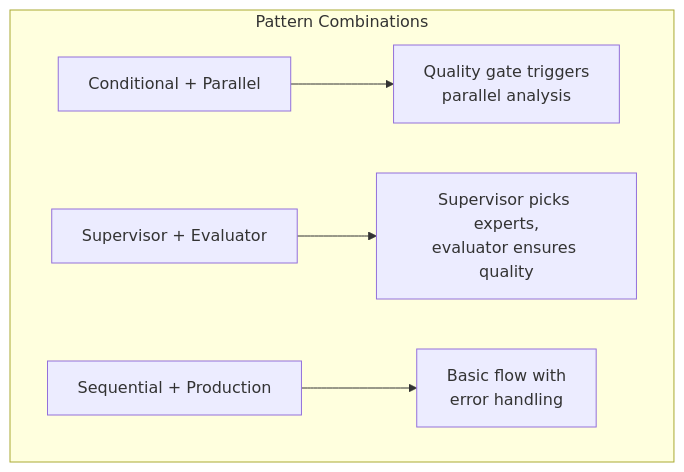
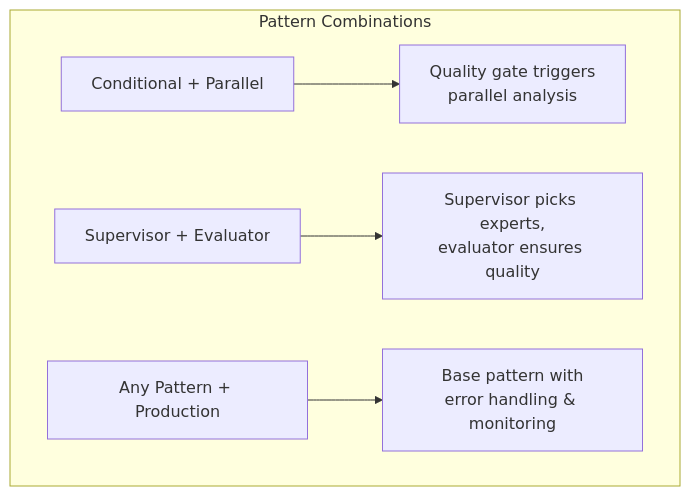
Before and after one commit to rulala/fac-ws_ai_multi-agent: the tenth of 10 diagrams in PATTERNS.md, drawn with Mermaid. The commit also changed other lines of this file, not shown here.

````diff
--- a/PATTERNS.md
+++ b/PATTERNS.md
@@ -303,12 +288,12 @@
 ```mermaid
 graph TD
     subgraph "Pattern Combinations"
         A[Conditional + Parallel]
         B[Supervisor + Evaluator]
-        C[Sequential + Production]
+        C[Any Pattern + Production]
 
         A --> D[Quality gate triggers<br/>parallel analysis]
         B --> E[Supervisor picks experts,<br/>evaluator ensures quality]
-        C --> F[Basic flow with<br/>error handling]
+        C --> F[Base pattern with<br/>error handling & monitoring]
     end
 ```
````
